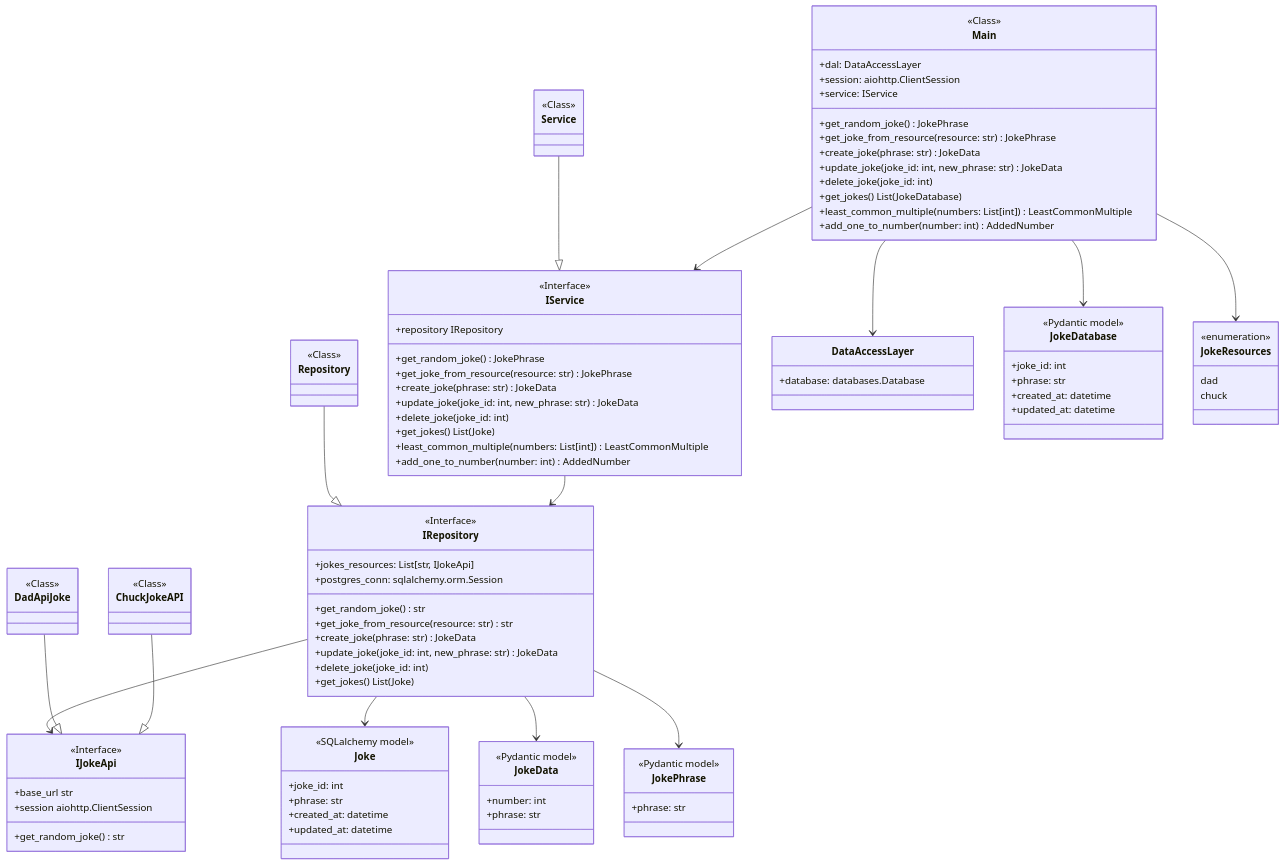
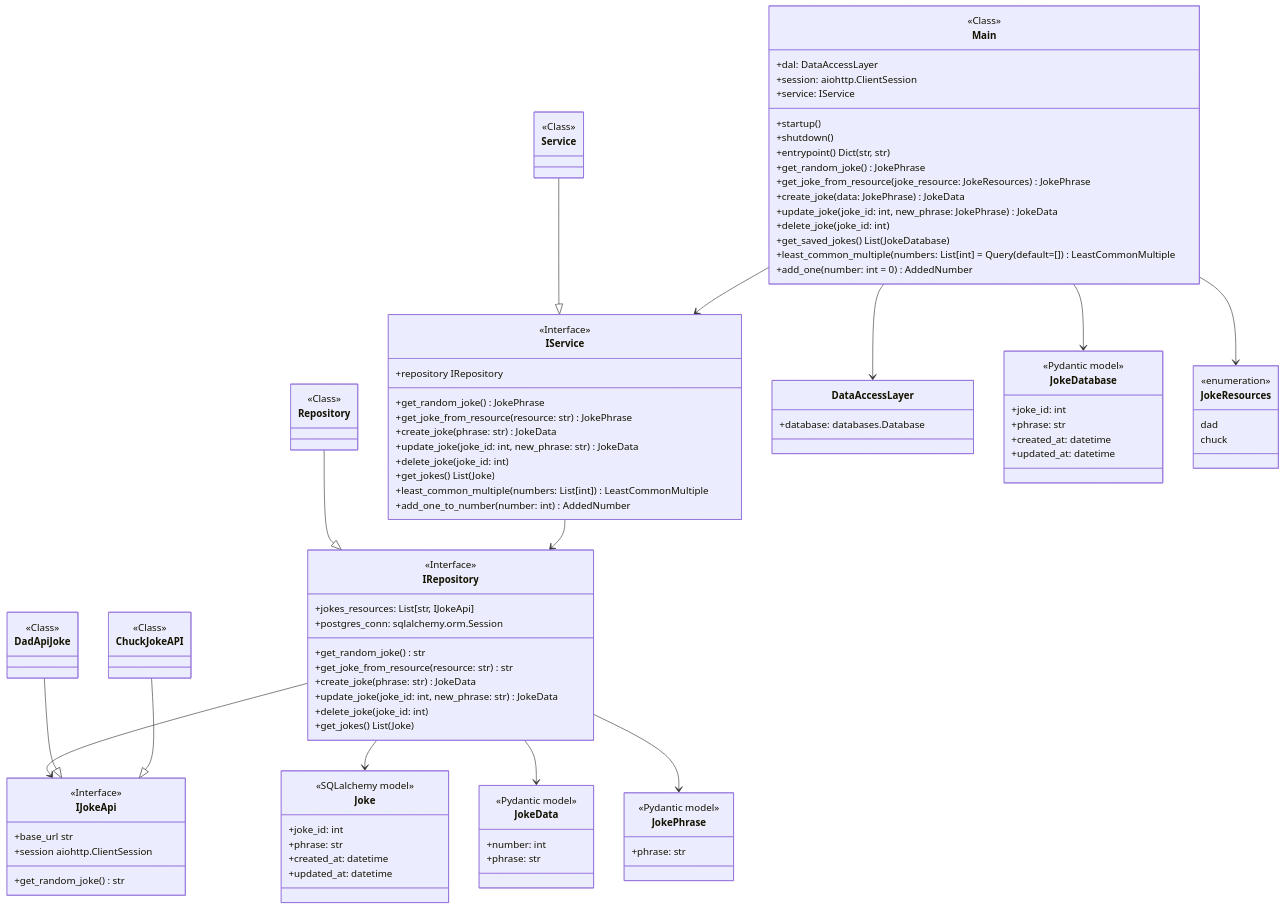
The diagram in README.md (Jvillegasd/jokes-and-math-api), drawn with Mermaid before and after one commit.

Commit message:
docs: :memo: Main class edited

```diff
--- a/README.md
+++ b/README.md
@@ -192,21 +192,27 @@
 
   
 
++startup()
+
++shutdown()
+
++entrypoint() Dict(str, str)
+
 +get_random_joke()  JokePhrase
 
-+get_joke_from_resource(resource:  str)  JokePhrase
++get_joke_from_resource(joke_resource: JokeResources)  JokePhrase
 
-+create_joke(phrase:  str)  JokeData
++create_joke(data: JokePhrase)  JokeData
 
-+update_joke(joke_id:  int, new_phrase:  str)  JokeData
++update_joke(joke_id: int, new_phrase: JokePhrase)  JokeData
 
 +delete_joke(joke_id:  int)
 
-+get_jokes()  List(JokeDatabase)
++get_saved_jokes()  List(JokeDatabase)
 
-+least_common_multiple(numbers:  List[int])  LeastCommonMultiple
++least_common_multiple(numbers: List[int] = Query(default=[])  LeastCommonMultiple
 
-+add_one_to_number(number:  int)  AddedNumber
++add_one(number: int = 0)  AddedNumber
 
 }
 
```
